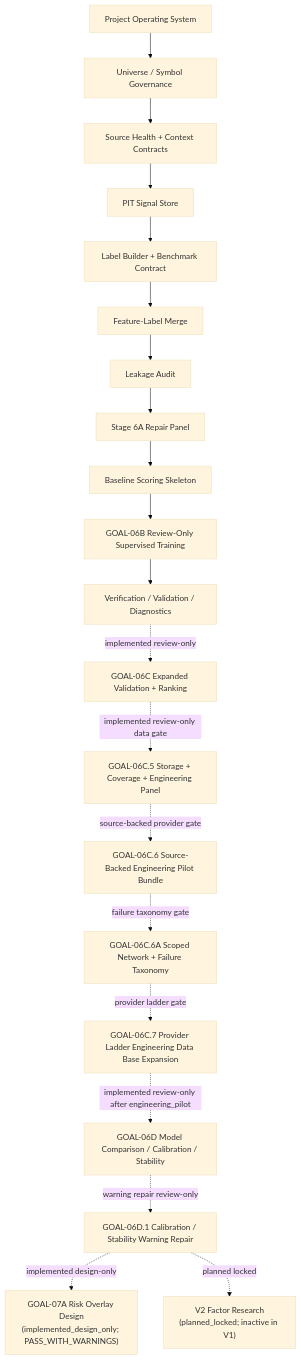
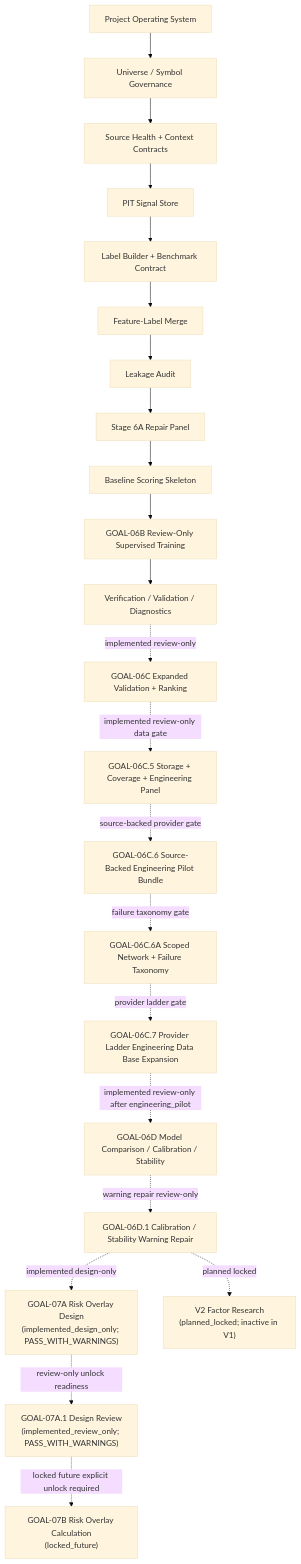
The diagram in docs/10_PROGRAM_ROADMAP_AND_ARCHITECTURE.md (RyanLu0203/A_share_premarket_core), drawn with Mermaid (base theme) before and after one commit. The commit also changed other lines of this file and 55 other files, not shown here.

Commit message:
Add GOAL-07A.1 design review gate

````diff
--- a/docs/10_PROGRAM_ROADMAP_AND_ARCHITECTURE.md
+++ b/docs/10_PROGRAM_ROADMAP_AND_ARCHITECTURE.md
@@ -11,22 +11,24 @@
 ```mermaid
 flowchart TD
     A["Project Operating System"] --> B["Universe / Symbol Governance"]
     B --> C["Source Health + Context Contracts"]
     C --> D["PIT Signal Store"]
     D --> E["Label Builder + Benchmark Contract"]
     E --> F["Feature-Label Merge"]
     F --> G["Leakage Audit"]
     G --> H["Stage 6A Repair Panel"]
     H --> I["Baseline Scoring Skeleton"]
     I --> J["GOAL-06B Review-Only Supervised Training"]
     J --> K["Verification / Validation / Diagnostics"]
     K -. "implemented review-only" .-> L["GOAL-06C Expanded Validation + Ranking"]
     L -. "implemented review-only data gate" .-> N["GOAL-06C.5 Storage + Coverage + Engineering Panel"]
     N -. "source-backed provider gate" .-> O["GOAL-06C.6 Source-Backed Engineering Pilot Bundle"]
     O -. "failure taxonomy gate" .-> P["GOAL-06C.6A Scoped Network + Failure Taxonomy"]
     P -. "provider ladder gate" .-> Q["GOAL-06C.7 Provider Ladder Engineering Data Base Expansion"]
     Q -. "implemented review-only after engineering_pilot" .-> M["GOAL-06D Model Comparison / Calibration / Stability"]
     M -. "warning repair review-only" .-> M2["GOAL-06D.1 Calibration / Stability Warning Repair"]
     M2 -. "implemented design-only" .-> R["GOAL-07A Risk Overlay Design<br/>(implemented_design_only; PASS_WITH_WARNINGS)"]
+    R -. "review-only unlock readiness" .-> R2["GOAL-07A.1 Design Review<br/>(implemented_review_only; PASS_WITH_WARNINGS)"]
+    R2 -. "locked future explicit unlock required" .-> R3["GOAL-07B Risk Overlay Calculation<br/>(locked_future)"]
     M2 -. "planned locked" .-> V2["V2 Factor Research<br/>(planned_locked; inactive in V1)"]
 ```
````
